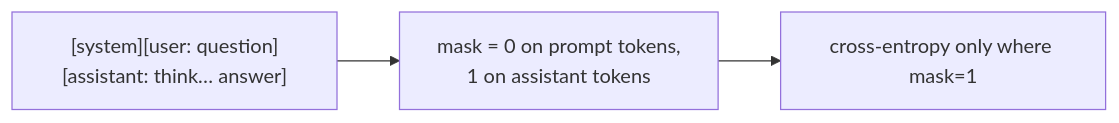
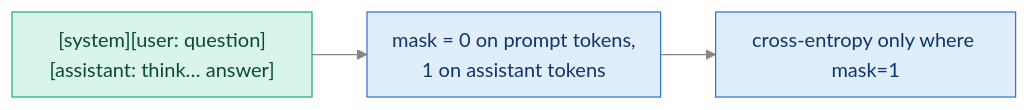
One commit to sudhanshu-shivam-dev/reasoning_model_from_scratch changed the second of 4 diagrams in study_guide/ch08_distillation.md. Above: the diagram before and after it, drawn with Mermaid. The commit also changed other lines of this file and 14 other files, not shown here.

First line of the commit message:
Restyle all 54 diagrams: consistent palette, semantic colors, better spacing

````diff
--- a/study_guide/ch08_distillation.md
+++ b/study_guide/ch08_distillation.md
@@ -87,5 +94,8 @@
 ```mermaid
+%%{init: {"theme":"base","themeVariables":{"primaryColor":"#e0edfb","primaryTextColor":"#0d366b","primaryBorderColor":"#2a78d6","lineColor":"#898781","textColor":"#52514e","edgeLabelBackground":"#f0efec","clusterBkg":"rgba(137,135,129,0.07)","clusterBorder":"#a9a7a0","titleColor":"#898781"},"flowchart":{"nodeSpacing":36,"rankSpacing":44,"curve":"basis","padding":10}}}%%
 flowchart LR
     SEQ["[system][user: question][assistant: think… answer]"] --> M["mask = 0 on prompt tokens,<br/>1 on assistant tokens"]
     M --> CE["cross-entropy only where mask=1"]
+    classDef data fill:#d9f4e9,stroke:#1baf7a,color:#0b4a33
+    class SEQ data
 ```
````
